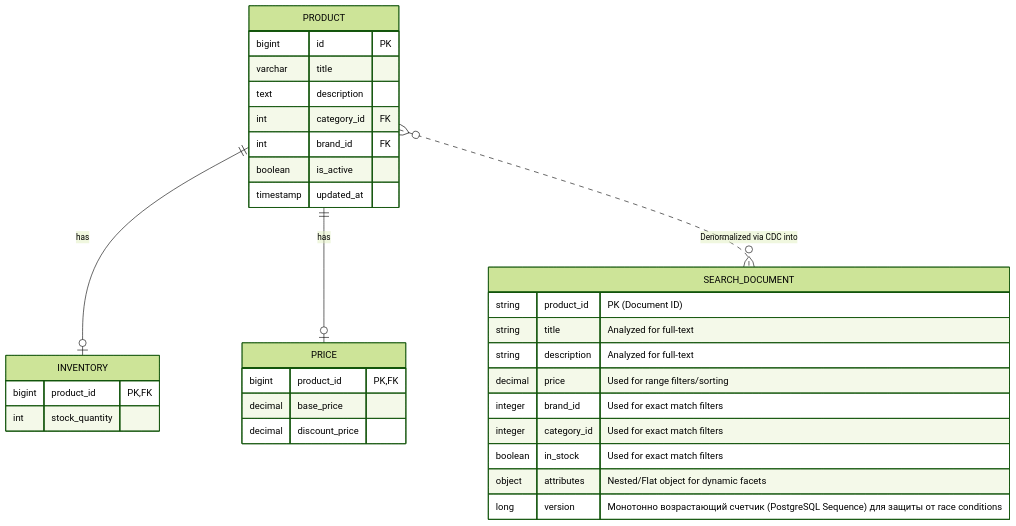
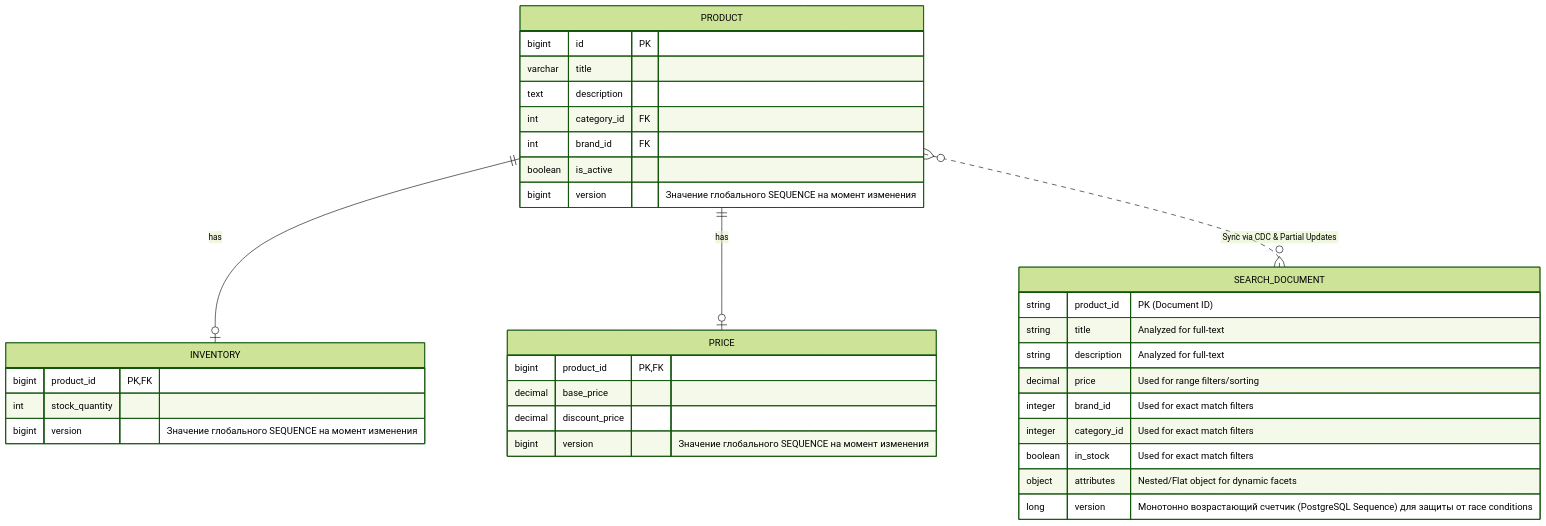
The first of 4 diagrams in solution.md (Diamondsqd/search_system), drawn with Mermaid (forest theme) before and after one commit. The commit also changed other lines of this file, not shown here.

````diff
--- a/solution.md
+++ b/solution.md
@@ -117,42 +117,44 @@
 ```mermaid
 erDiagram
-    %% Master Catalog (Relational)
+    %% Master Catalog (Normalized Relational)
     PRODUCT {
         bigint id PK
         varchar title
         text description
         int category_id FK
         int brand_id FK
         boolean is_active
-        timestamp updated_at
+        bigint version "Значение глобального SEQUENCE на момент изменения"
     }
     
     INVENTORY {
         bigint product_id PK, FK
         int stock_quantity
+        bigint version "Значение глобального SEQUENCE на момент изменения"
     }
     
     PRICE {
         bigint product_id PK, FK
         decimal base_price
         decimal discount_price
+        bigint version "Значение глобального SEQUENCE на момент изменения"
     }
 
     PRODUCT ||--o| INVENTORY : "has"
     PRODUCT ||--o| PRICE : "has"
 
-    %% Search Index (Document)
+    %% Search Index (Denormalized Document)
     SEARCH_DOCUMENT {
         string product_id "PK (Document ID)"
         string title "Analyzed for full-text"
         string description "Analyzed for full-text"
         decimal price "Used for range filters/sorting"
         integer brand_id "Used for exact match filters"
         integer category_id "Used for exact match filters"
         boolean in_stock "Used for exact match filters"
         object attributes "Nested/Flat object for dynamic facets"
         long version "Монотонно возрастающий счетчик (PostgreSQL Sequence) для защиты от race conditions"
     }
     
-    PRODUCT }o..o{ SEARCH_DOCUMENT : "Denormalized via CDC into"
+    PRODUCT }o..o{ SEARCH_DOCUMENT : "Sync via CDC & Partial Updates"
 ```
````
